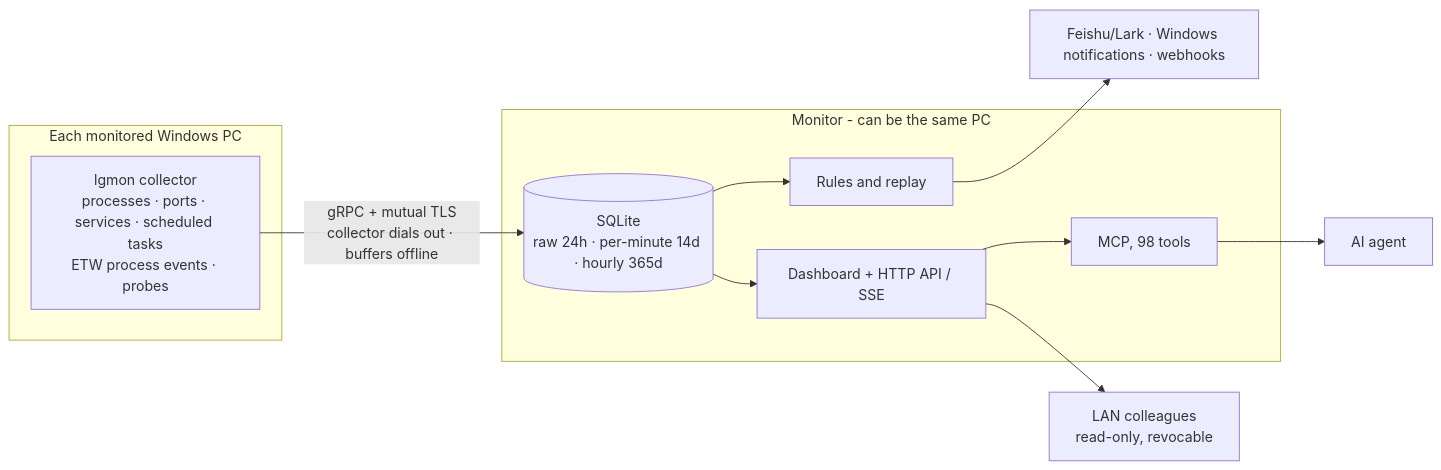
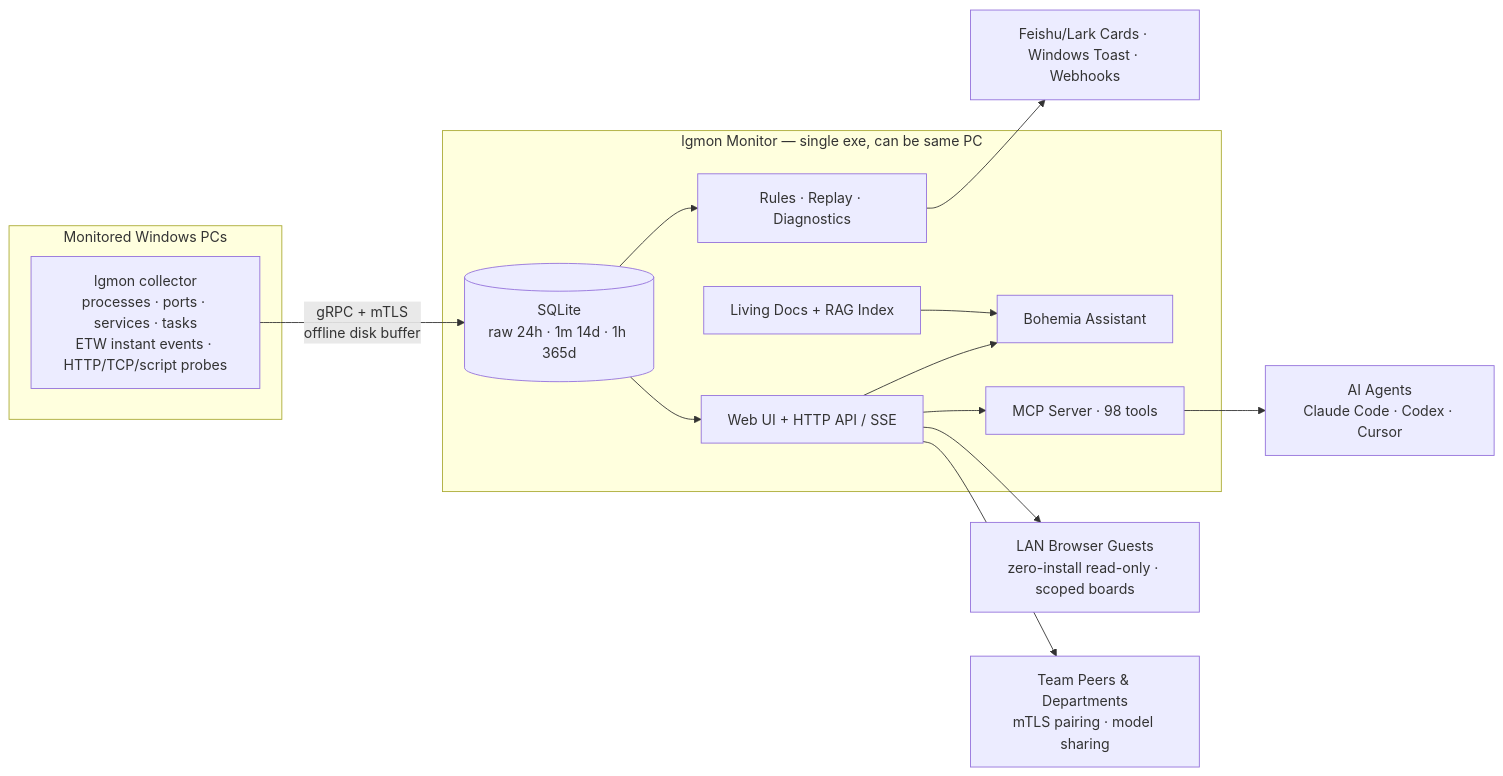
One commit to LFenX/lg-monitor changed the diagram in README.md. Above: the diagram before and after it, drawn with Mermaid. The commit also changed other lines of this file and 1 other file, not shown here.

Commit message:
docs: rewrite README.md and README.zh-CN.md to highlight living docs, RAG knowledge base, LAN read-only sharing, team collaboration, and bilingual AI workflows

````diff
--- a/README.md
+++ b/README.md
@@ -179,17 +183,22 @@
 ```mermaid
 flowchart LR
-  subgraph PC[Each monitored Windows PC]
-    C[lgmon collector<br/>processes · ports · services · scheduled tasks<br/>ETW process events · probes]
+  subgraph PC[Monitored Windows PCs]
+    C[lgmon collector<br/>processes · ports · services · tasks<br/>ETW instant events · HTTP/TCP/script probes]
   end
-  subgraph M[Monitor - can be the same PC]
-    S[(SQLite<br/>raw 24h · per-minute 14d · hourly 365d)]
-    R[Rules and replay]
-    W[Dashboard + HTTP API / SSE]
-    P[MCP, 98 tools]
+  subgraph M[lgmon Monitor — single exe, can be same PC]
+    S[(SQLite<br/>raw 24h · 1m 14d · 1h 365d)]
+    R[Rules · Replay · Diagnostics]
+    D[Living Docs + RAG Index]
+    W[Web UI + HTTP API / SSE]
+    P[MCP Server · 98 tools]
+    B[Bohemia Assistant]
   end
-  C -- gRPC + mutual TLS<br/>collector dials out · buffers offline --> S
-  S --> R --> N[Feishu/Lark · Windows notifications · webhooks]
+  C -- gRPC + mTLS<br/>offline disk buffer --> S
+  S --> R --> N[Feishu/Lark Cards · Windows Toast · Webhooks]
   S --> W
-  W --> P --> A[AI agent]
-  W --> L[LAN colleagues<br/>read-only, revocable]
+  D --> B
+  W --> B
+  W --> P --> A[AI Agents<br/>Claude Code · Codex · Cursor]
+  W --> G[LAN Browser Guests<br/>zero-install read-only · scoped boards]
+  W --> L[Team Peers & Departments<br/>mTLS pairing · model sharing]
 ```
````
